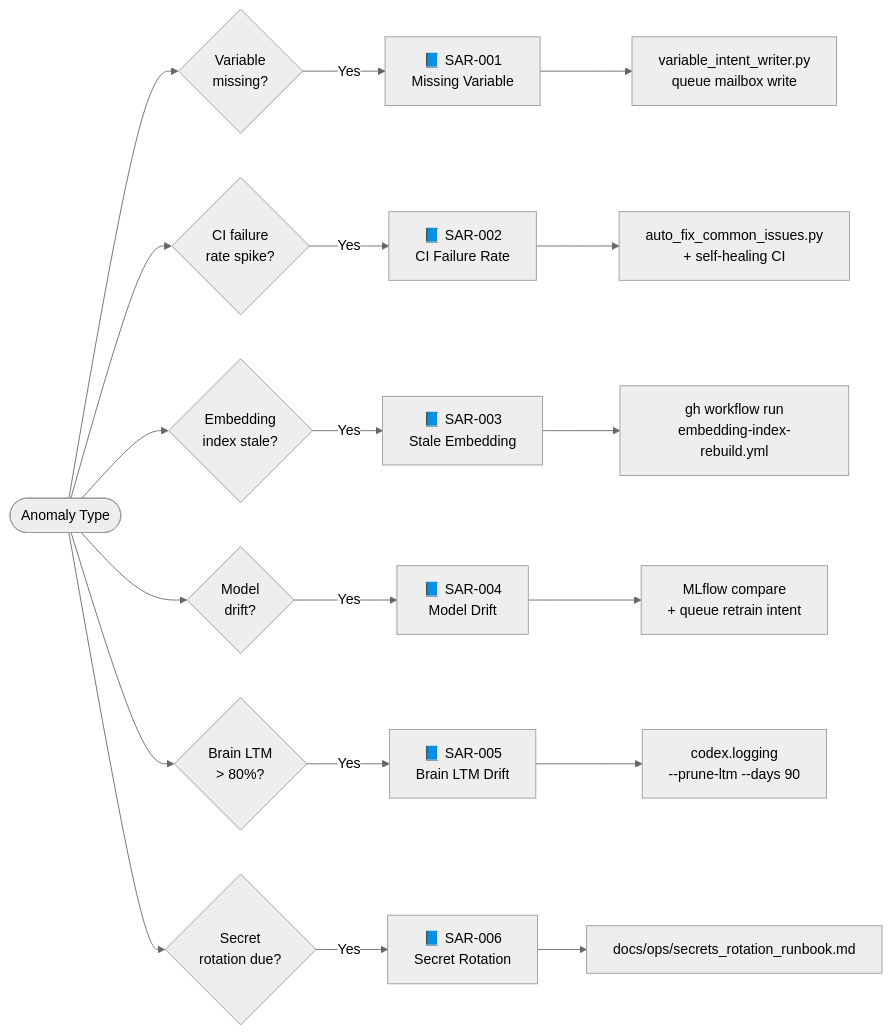
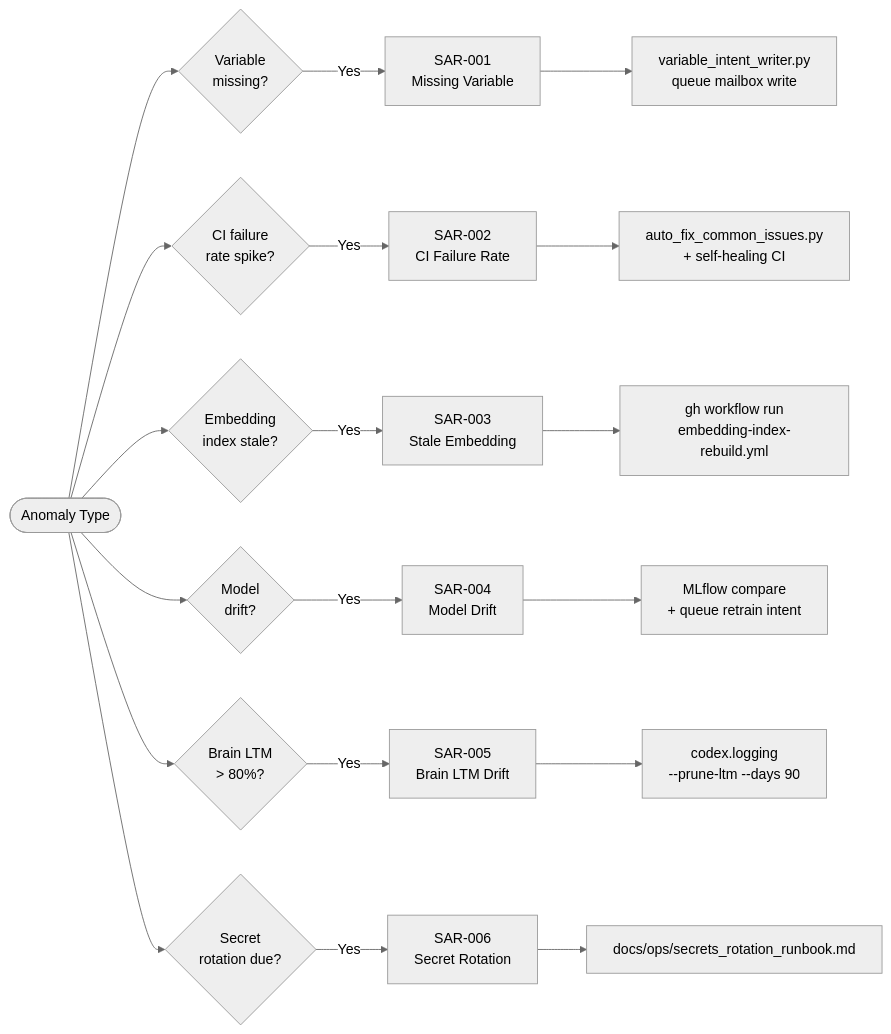
One commit to Aries-Serpent/_codex_ changed the ninth of 17 diagrams in docs/ops/SAR_METHODOLOGY.md. Above: the diagram before and after it, drawn with Mermaid (neutral theme). The commit also changed other lines of this file and 4117 other files, not shown here.

````diff
--- a/docs/ops/SAR_METHODOLOGY.md
+++ b/docs/ops/SAR_METHODOLOGY.md
@@ -370,24 +426,41 @@
 ```mermaid
-%%{init: {'accessibility': {'title': 'Flowchart showing Anomaly Type, 📘 SAR-001\nMissing Variable'}}%%
+%%{init: {'accessibility': {'title': 'Flowchart showing Anomaly Type, SAR-001\nMissing Variable'}}%%
+
 flowchart LR
-    ANOMALY([Anomaly Type]) --> V{Variable\nmissing?}
-    ANOMALY --> C{CI failure\nrate spike?}
-    ANOMALY --> E{Embedding\nindex stale?}
-    ANOMALY --> M{Model\ndrift?}
-    ANOMALY --> B{Brain LTM\n> 80%?}
-    ANOMALY --> S{Secret\nrotation due?}
 
-    V -->|Yes| SAR001[📘 SAR-001\nMissing Variable]
-    C -->|Yes| SAR002[📘 SAR-002\nCI Failure Rate]
-    E -->|Yes| SAR003[📘 SAR-003\nStale Embedding]
-    M -->|Yes| SAR004[📘 SAR-004\nModel Drift]
-    B -->|Yes| SAR005[📘 SAR-005\nBrain LTM Drift]
-    S -->|Yes| SAR006[📘 SAR-006\nSecret Rotation]
+ ANOMALY([Anomaly Type]) --> V{Variable\nmissing?}
 
-    SAR001 --> INTENT[variable_intent_writer.py\nqueue mailbox write]
-    SAR002 --> AUTOFIX[auto_fix_common_issues.py\n+ self-healing CI]
-    SAR003 --> REBUILD[gh workflow run\nembedding-index-rebuild.yml]
-    SAR004 --> RETRAIN[MLflow compare\n+ queue retrain intent]
-    SAR005 --> PRUNE[codex.logging\n--prune-ltm --days 90]
-    SAR006 --> ROTATE[docs/ops/secrets_rotation_runbook.md]
+ ANOMALY --> C{CI failure\nrate spike?}
+
+ ANOMALY --> E{Embedding\nindex stale?}
+
+ ANOMALY --> M{Model\ndrift?}
+
+ ANOMALY --> B{Brain LTM\n> 80%?}
+
+ ANOMALY --> S{Secret\nrotation due?}
+
+ V -->|Yes| SAR001[ SAR-001\nMissing Variable]
+
+ C -->|Yes| SAR002[ SAR-002\nCI Failure Rate]
+
+ E -->|Yes| SAR003[ SAR-003\nStale Embedding]
+
+ M -->|Yes| SAR004[ SAR-004\nModel Drift]
+
+ B -->|Yes| SAR005[ SAR-005\nBrain LTM Drift]
+
+ S -->|Yes| SAR006[ SAR-006\nSecret Rotation]
+
+ SAR001 --> INTENT[variable_intent_writer.py\nqueue mailbox write]
+
+ SAR002 --> AUTOFIX[auto_fix_common_issues.py\n+ self-healing CI]
+
+ SAR003 --> REBUILD[gh workflow run\nembedding-index-rebuild.yml]
+
+ SAR004 --> RETRAIN[MLflow compare\n+ queue retrain intent]
+
+ SAR005 --> PRUNE[codex.logging\n--prune-ltm --days 90]
+
+ SAR006 --> ROTATE[docs/ops/secrets_rotation_runbook.md]
 ```
````
